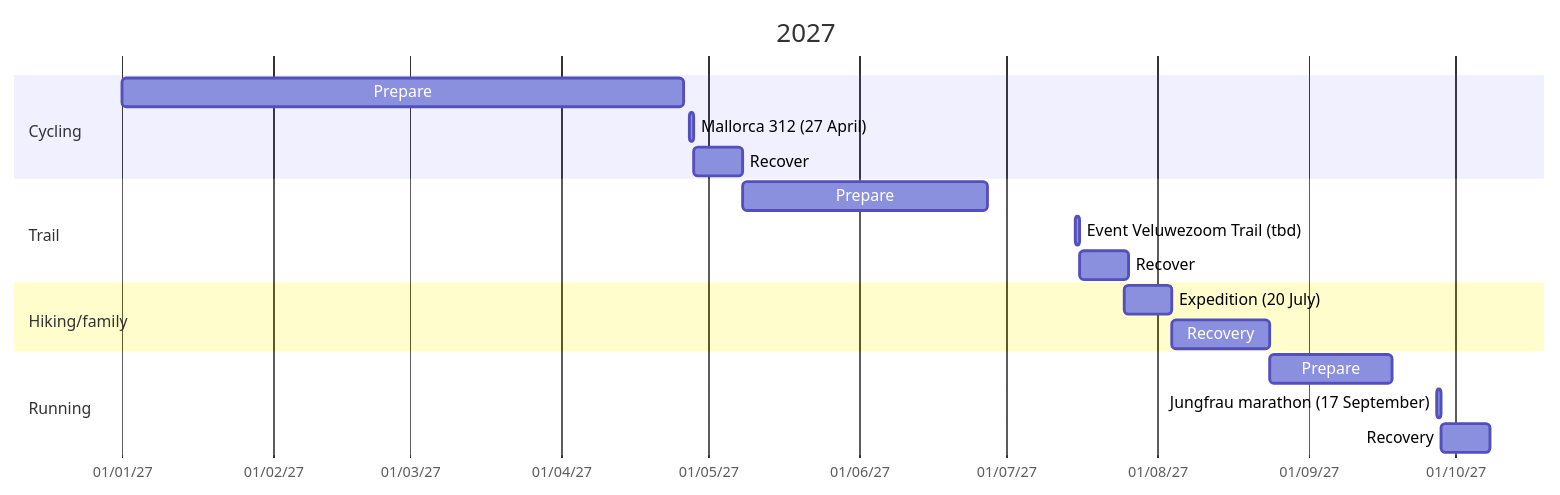
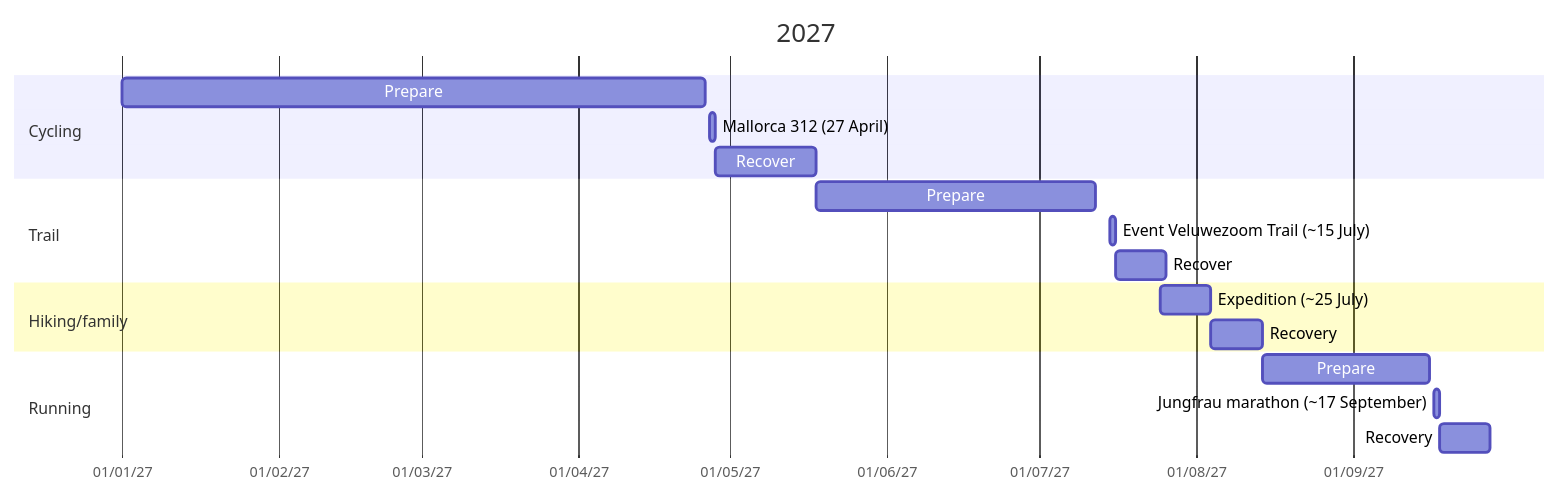
The second of 2 diagrams in _posts/2027-09-27-sport-events-planning.md (onekrasov/onekrasov.github.io), drawn with Mermaid before and after one commit. The commit also changed other lines of this file, not shown here.

````diff
--- a/_posts/2027-09-27-sport-events-planning.md
+++ b/_posts/2027-09-27-sport-events-planning.md
@@ -22,21 +22,21 @@
 ```mermaid
 gantt
     title 2027
     dateFormat DD-MM-YY
     axisFormat %d/%m/%y
     section Cycling
     Prepare: b1, 01-01-27, 115d
     Mallorca 312 (27 April): m312, 27-04-27, 1d
-    Recover: m312r, after m312, 10d
+    Recover: m312r, after m312, 20d
     section Trail
-    Prepare: after m312r, 50d
-    Event Veluwezoom Trail (tbd): vz, 15-07-27, 1d
+    Prepare: after m312r, 55d
+    Event Veluwezoom Trail (~15 July): vz, 15-07-27, 1d
     Recover: after vz, 10d
     section Hiking/family
-    Expedition (20 July): e1, 25-07-27, 10d
-    Recovery: r2, after e1, 20d
+    Expedition (~25 July): e1, 25-07-27, 10d
+    Recovery: r2, after e1, 10d
     section Running
-    Prepare: after r2, 25d
-    Jungfrau marathon (17 September): jm, 27-09-27, 1d
+    Prepare: after r2, 33d
+    Jungfrau marathon (~17 September): jm, 17-09-27, 1d
     Recovery: after jm, 10d
 ```
````
